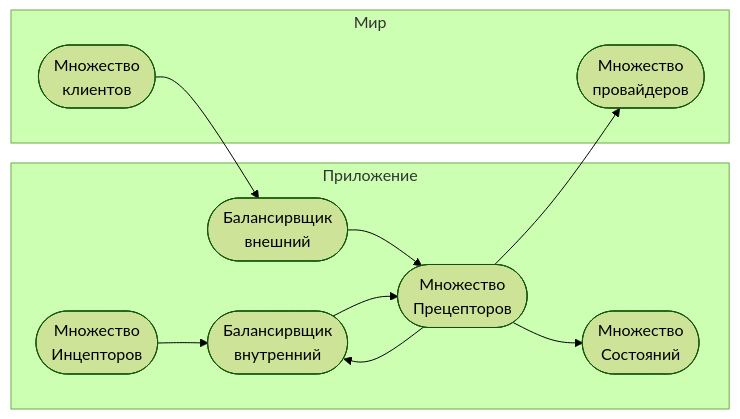
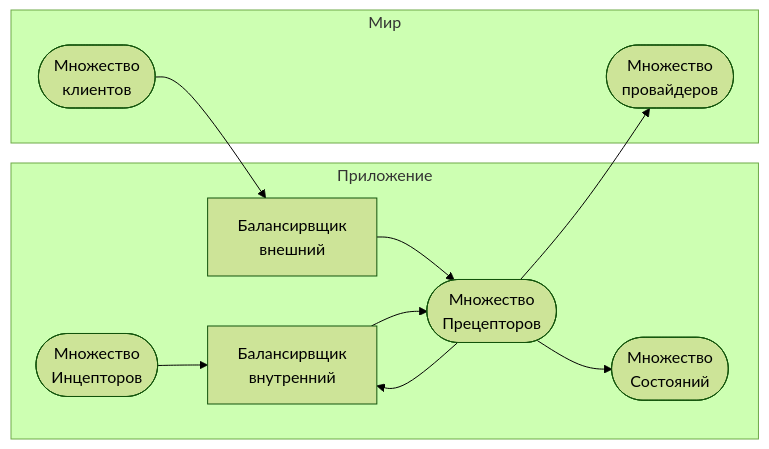
Before and after one commit to johnthesmith/scraps: the fourth of 4 diagrams in ru/msasie.md, drawn with Mermaid (forest theme). The commit also changed other lines of this file, not shown here.

````diff
--- a/ru/msasie.md
+++ b/ru/msasie.md
@@ -105,24 +105,24 @@
 ```mermaid
 flowchart LR
 
 subgraph Приложение
-    balancer_inner([ Балансирвщик <br> внутренний ])
-    balancer_outer([ Балансирвщик  <br> внешний ])
+    balancer_inner[ Балансирвщик <br> внутренний ]
+    balancer_outer[ Балансирвщик  <br> внешний ]
     preceptor([Множество<br>Прецепторов])
     inceptor([Множество<br>Инцепторов])
     state([Множество<br>Состояний])   
 end
 
 subgraph Мир
     client([Множество<br>клиентов])   
     provider([Множество<br>провайдеров])   
 end
 
 client --> balancer_outer
 inceptor --> balancer_inner
 balancer_outer --> preceptor
 balancer_inner --> preceptor
 preceptor --> balancer_inner
 preceptor --> state
 preceptor --> provider
 ```
````
